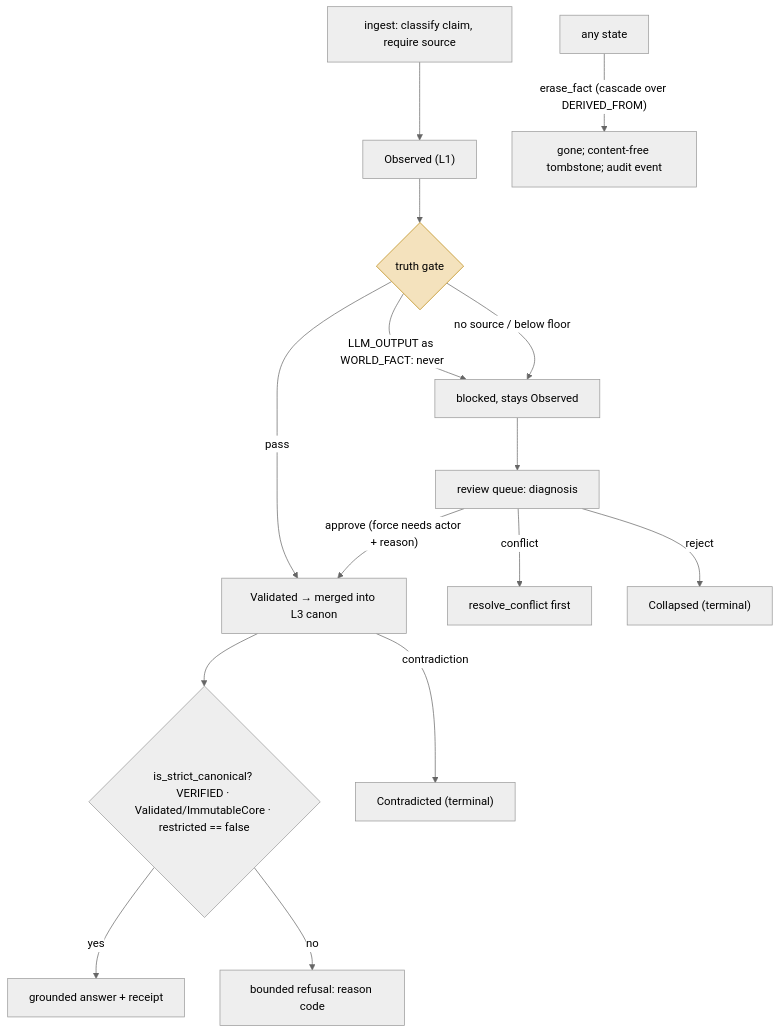
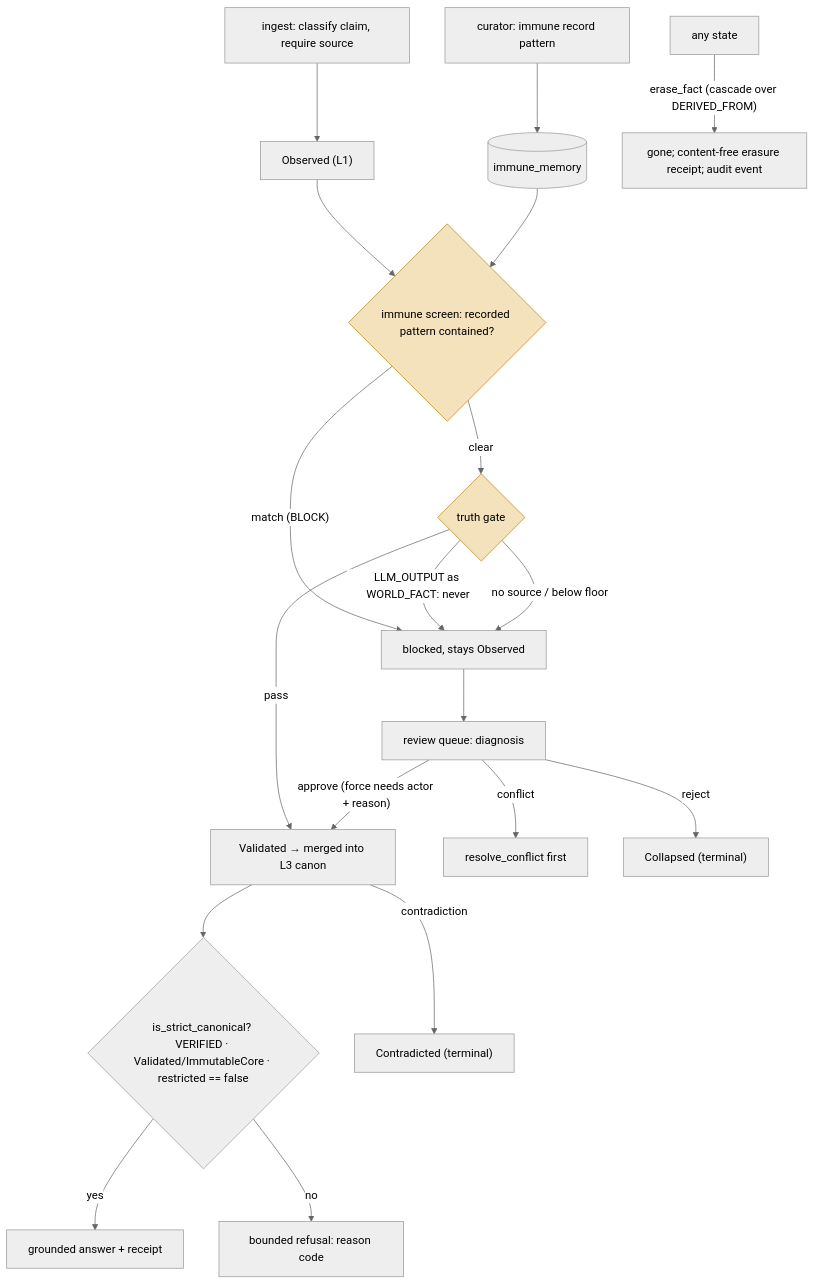
The first of 2 diagrams in content/systems/velantrim-exocortex-crystal.md (neoneye/agent-memory-atlas), drawn with Mermaid (neutral theme) before and after one commit. The commit also changed other lines of this file and 17 other files, not shown here.

First line of the commit message:
Velantrim Crystal re-read at df4a651a: the immune memory is a value-keyed rejection record consulted before the gate, tombstone awarded with its limits; the erasure receipt stays a receipt; count 32 of 385

````diff
--- a/content/systems/velantrim-exocortex-crystal.md
+++ b/content/systems/velantrim-exocortex-crystal.md
@@ -87,19 +106,24 @@
 ```mermaid
-%% caption: a fact enters as Observed, passes the truth gate into Validated and the canon or waits for a curator, who approves, rejects to Collapsed or resolves a conflict; only a VERIFIED, unrestricted, canonical fact may ground an answer, and erasure removes it physically with a content-free tombstone
+%% caption: a fact enters as Observed, is screened against the immune memory of rejected patterns, passes the truth gate into Validated and the canon or waits for a curator, who approves, rejects to Collapsed, resolves a conflict or records a pattern; only a VERIFIED, unrestricted, canonical fact may ground an answer, and erasure removes it physically with a content-free receipt
 flowchart TB
     IN["ingest: classify claim, require source"] --> O["Observed (L1)"]
-    O --> G{"truth gate"}
-    G -- "LLM_OUTPUT as WORLD_FACT: never" --> B["blocked, stays Observed"]
+    O --> IM{"immune screen: recorded pattern contained?"}
+    IM -- "match (BLOCK)" --> B["blocked, stays Observed"]
+    IM -- clear --> G{"truth gate"}
+    CUR["curator: immune record pattern"] --> IMM[("immune_memory")]
+    IMM --> IM
+    G -- "LLM_OUTPUT as WORLD_FACT: never" --> B
     G -- "no source / below floor" --> B
     G -- pass --> V["Validated → merged into L3 canon"]
     B --> Q["review queue: diagnosis"]
     Q -- "approve (force needs actor + reason)" --> V
     Q -- "conflict" --> RC["resolve_conflict first"]
     Q -- reject --> C["Collapsed (terminal)"]
     V --> S{"is_strict_canonical? VERIFIED · Validated/ImmutableCore · restricted == false"}
     S -- yes --> A["grounded answer + receipt"]
     S -- no --> R["bounded refusal: reason code"]
     V -- "contradiction" --> X["Contradicted (terminal)"]
-    ANY["any state"] -- "erase_fact (cascade over DERIVED_FROM)"--> T["gone; content-free tombstone; audit event"]
+    ANY["any state"] -- "erase_fact (cascade over DERIVED_FROM)"--> T["gone; content-free erasure receipt; audit event"]
     style G fill:#f4e2bd,stroke:#b8860b
+    style IM fill:#f4e2bd,stroke:#b8860b
 ```
````
